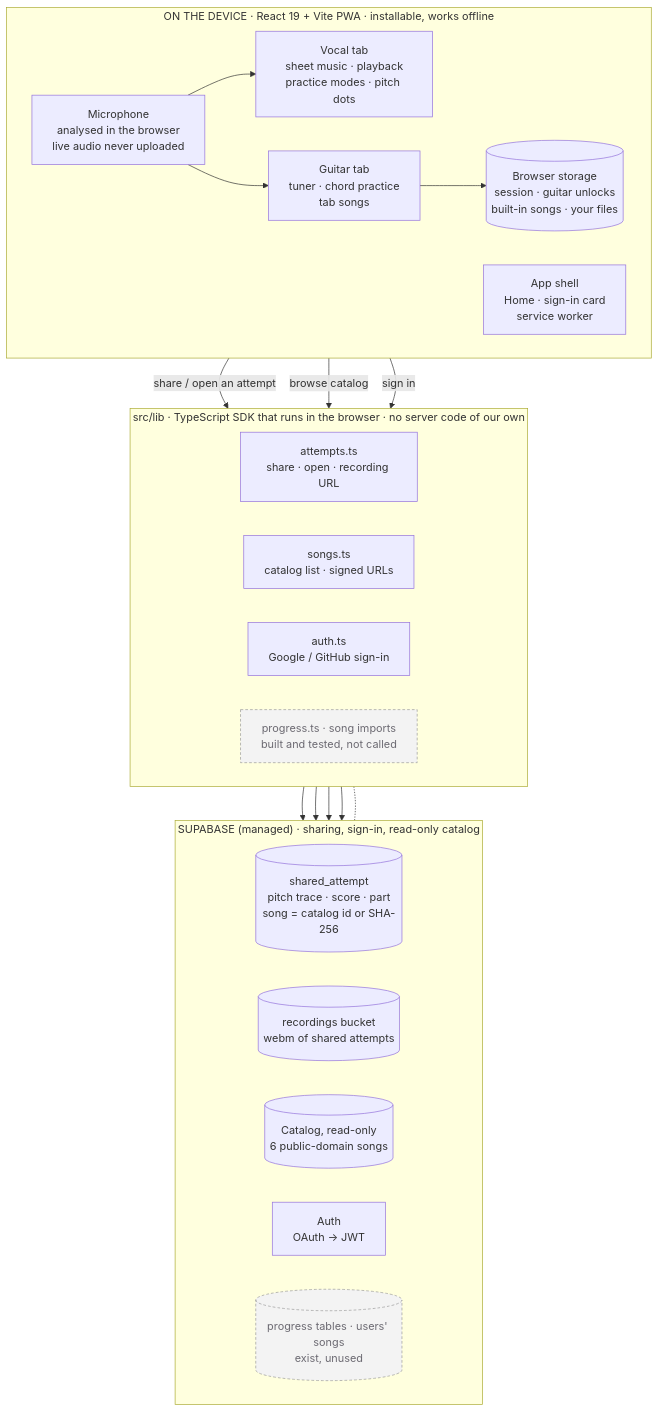
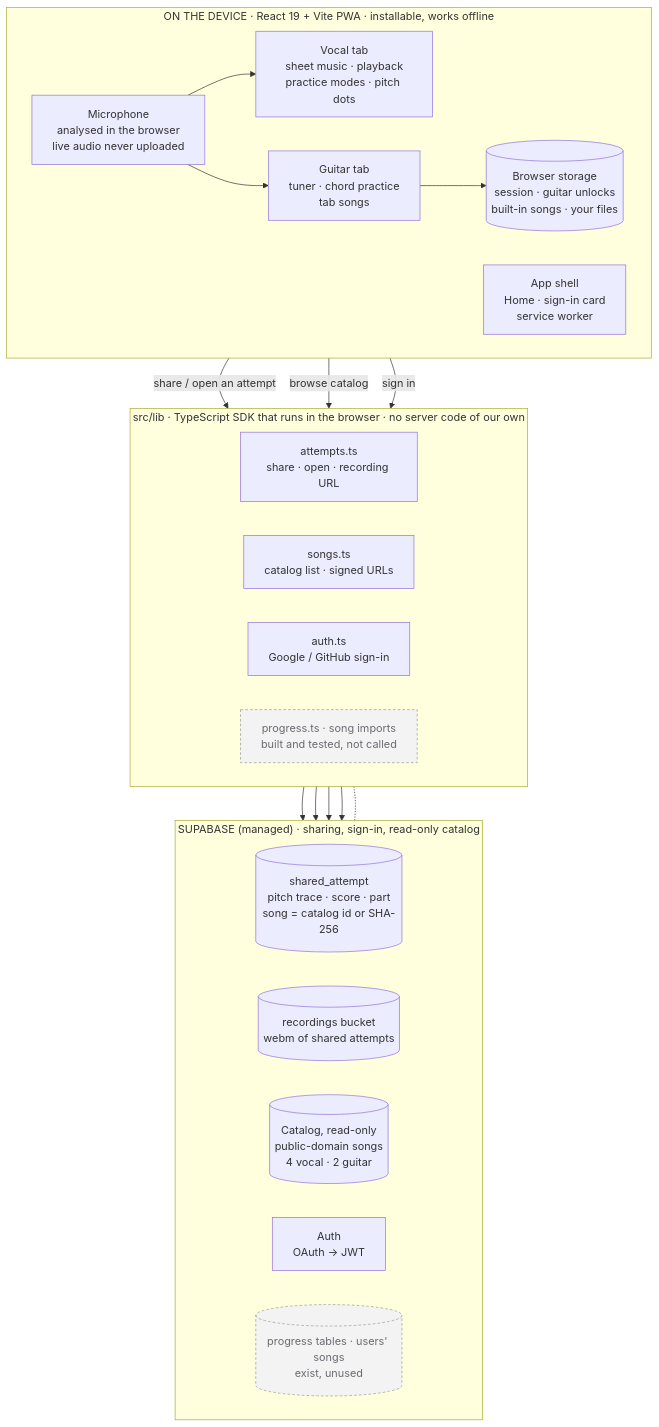
One commit to Harmonic-416/project changed the first of 4 diagrams in docs/architecture.md. Above: the diagram before and after it, drawn with Mermaid. The commit also changed other lines of this file, not shown here.

Commit message:
docs(architecture): catalog counts, clef caveat for the pitch overlay

````diff
--- a/docs/architecture.md
+++ b/docs/architecture.md
@@ -33,41 +33,41 @@
 ```mermaid
 flowchart TB
     subgraph DEVICE["ON THE DEVICE · React 19 + Vite PWA · installable, works offline"]
         direction LR
         MIC["Microphone<br/>analysed in the browser<br/>live audio never uploaded"]
         VOCAL["Vocal tab<br/>sheet music · playback<br/>practice modes · pitch dots"]
         GUITAR["Guitar tab<br/>tuner · chord practice<br/>tab songs"]
         SHELL["App shell<br/>Home · sign-in card<br/>service worker"]
         LOCAL[("Browser storage<br/>session · guitar unlocks<br/>built-in songs · your files")]
         MIC --> VOCAL & GUITAR
         GUITAR --> LOCAL
     end
 
     subgraph API["src/lib · TypeScript SDK that runs in the browser · no server code of our own"]
         direction LR
         ATTLIB["attempts.ts<br/>share · open · recording URL"]
         SONGSLIB["songs.ts<br/>catalog list · signed URLs"]
         AUTHLIB["auth.ts<br/>Google / GitHub sign-in"]
         IDLEAPI["progress.ts · song imports<br/>built and tested, not called"]
     end
 
     subgraph SUPA["SUPABASE (managed) · sharing, sign-in, read-only catalog"]
         direction LR
         SHARED[("shared_attempt<br/>pitch trace · score · part<br/>song = catalog id or SHA-256")]
         REC[("recordings bucket<br/>webm of shared attempts")]
-        CAT[("Catalog, read-only<br/>6 public-domain songs")]
+        CAT[("Catalog, read-only<br/>public-domain songs<br/>4 vocal · 2 guitar")]
         GOTRUE["Auth<br/>OAuth → JWT"]
         IDLEDB[("progress tables · users' songs<br/>exist, unused")]
     end
 
     VOCAL -- "share / open an attempt" --> ATTLIB
     VOCAL -- "browse catalog" --> SONGSLIB
     SHELL -- "sign in" --> AUTHLIB
     ATTLIB --> SHARED & REC
     SONGSLIB --> CAT
     AUTHLIB --> GOTRUE
     IDLEAPI -.- IDLEDB
 
     classDef idle fill:#f3f3f3,stroke:#9a9a9a,stroke-dasharray:4 3,color:#6c6a72
     class IDLEAPI,IDLEDB idle
 ```
````
